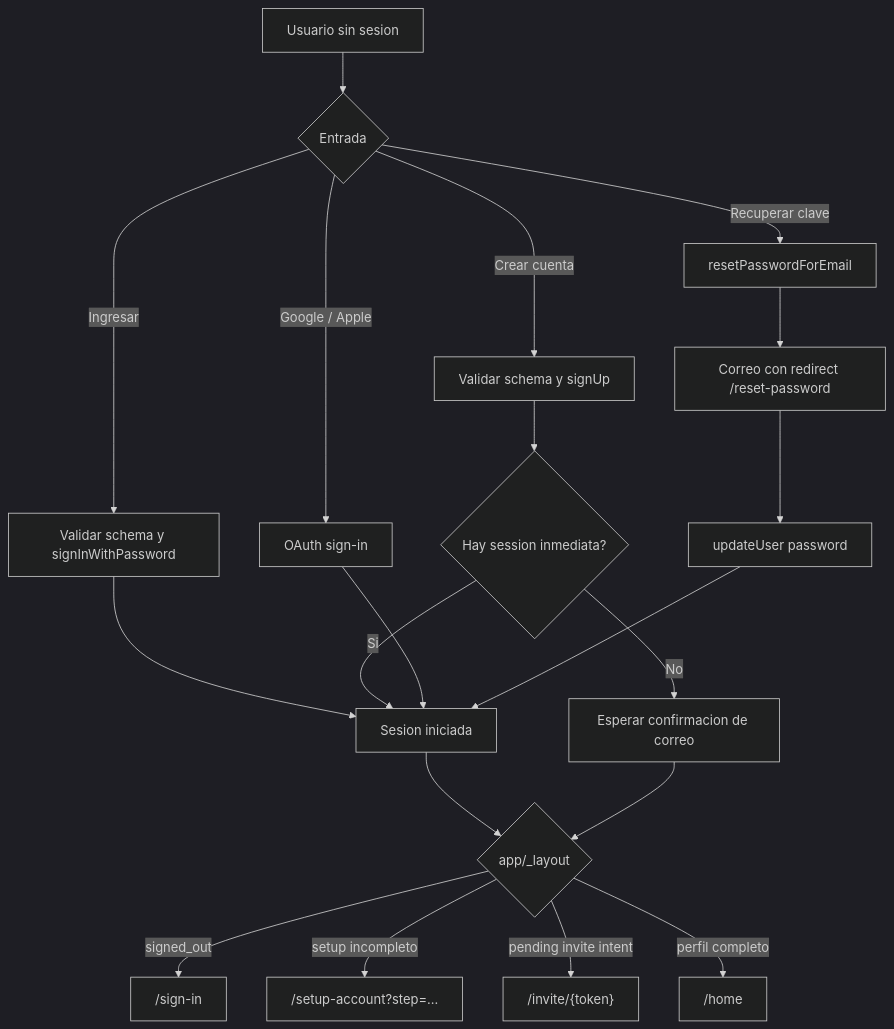
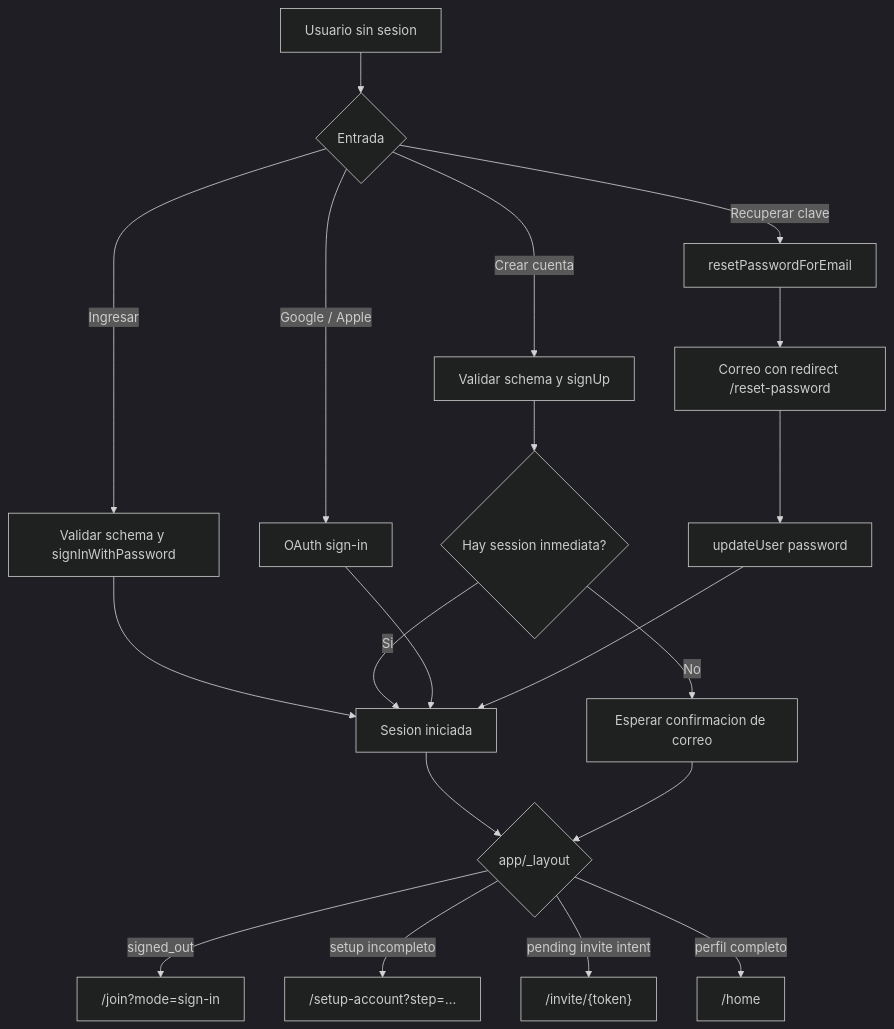
Before and after one commit to happy-circles/Happy-circles: the first of 5 diagrams in docs/figma/system-flows.md, drawn with Mermaid (dark theme). The commit also changed other lines of this file and 72 other files, not shown here.

````diff
--- a/docs/figma/system-flows.md
+++ b/docs/figma/system-flows.md
@@ -7,22 +7,22 @@
 ```mermaid
 flowchart TD
     A["Usuario sin sesion"] --> B{"Entrada"}
     B -->|"Ingresar"| C["Validar schema y signInWithPassword"]
     B -->|"Crear cuenta"| D["Validar schema y signUp"]
     B -->|"Google / Apple"| E["OAuth sign-in"]
     B -->|"Recuperar clave"| F["resetPasswordForEmail"]
     F --> G["Correo con redirect /reset-password"]
     G --> H["updateUser password"]
     C --> I["Sesion iniciada"]
     D --> J{"Hay session inmediata?"}
     J -->|"Si"| I
     J -->|"No"| K["Esperar confirmacion de correo"]
     E --> I
     H --> I
     I --> L{"app/_layout"}
     K --> L
-    L -->|"signed_out"| M["/sign-in"]
+    L -->|"signed_out"| M["/join?mode=sign-in"]
     L -->|"setup incompleto"| N["/setup-account?step=..."]
     L -->|"pending invite intent"| O["/invite/{token}"]
     L -->|"perfil completo"| P["/home"]
 ```
````
